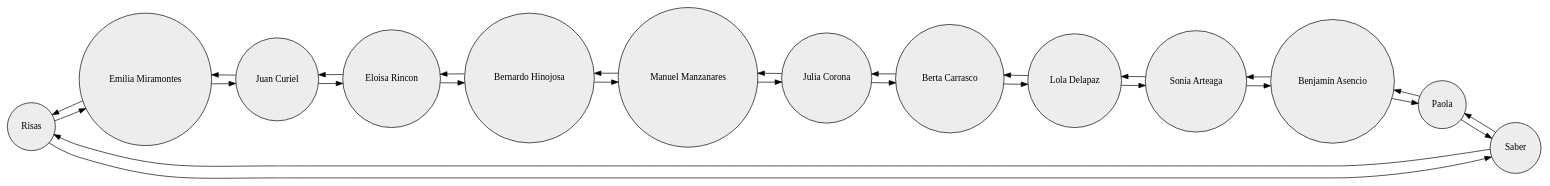
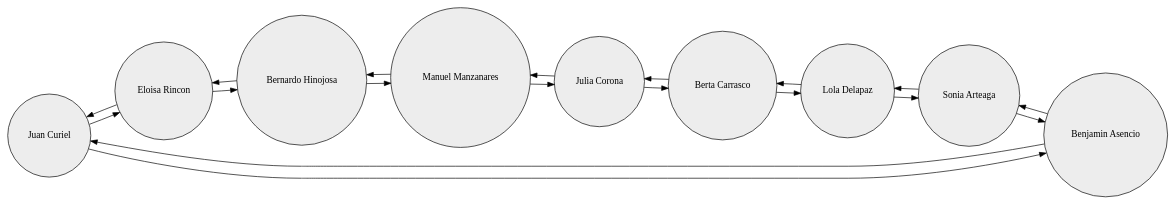
The diagram in EDD_SmartClass_201801627/Fase 1 Intento 2/cmake-build-debug/StudentGraph.dot (Edag09/Eduardo_Agustin_201801627), drawn with Graphviz before and after one commit. The commit also changed 20 other files, not shown here.

```diff
--- a/EDD_SmartClass_201801627/Fase 1 Intento 2/cmake-build-debug/StudentGraph.dot
+++ b/EDD_SmartClass_201801627/Fase 1 Intento 2/cmake-build-debug/StudentGraph.dot
@@ -1,44 +1,32 @@
 digraph List {
 rankdir=LR;
 node [shape = circle, color=black , style=filled, fillcolor=gray93];
-Node1[label="Risas"];
-Node2[label="Emilia Miramontes"];
-Node3[label="Juan Curiel"];
-Node4[label="Eloisa Rincon"];
-Node5[label="Bernardo Hinojosa"];
-Node6[label="Manuel Manzanares"];
-Node7[label="Julia Corona"];
-Node8[label="Berta Carrasco"];
-Node9[label="Lola Delapaz"];
-Node10[label="Sonia Arteaga"];
-Node11[label="Benjamin Asencio"];
-Node12[label="Paola"];
-Node13[label="Saber"];
+Node1[label="Juan Curiel"];
+Node2[label="Eloisa Rincon"];
+Node3[label="Bernardo Hinojosa"];
+Node4[label="Manuel Manzanares"];
+Node5[label="Julia Corona"];
+Node6[label="Berta Carrasco"];
+Node7[label="Lola Delapaz"];
+Node8[label="Sonia Arteaga"];
+Node9[label="Benjamin Asencio"];
 Node1->Node2;
 Node2->Node1;
 Node2->Node3;
 Node3->Node2;
 Node3->Node4;
 Node4->Node3;
 Node4->Node5;
 Node5->Node4;
 Node5->Node6;
 Node6->Node5;
 Node6->Node7;
 Node7->Node6;
 Node7->Node8;
 Node8->Node7;
 Node8->Node9;
 Node9->Node8;
-Node9->Node10;
-Node10->Node9;
-Node10->Node11;
-Node11->Node10;
-Node11->Node12;
-Node12->Node11;
-Node12->Node13;
-Node13->Node12;
-Node13->Node1;
-Node1->Node13;
+Node9->Node1;
+Node1->Node9;
 
 }
```
